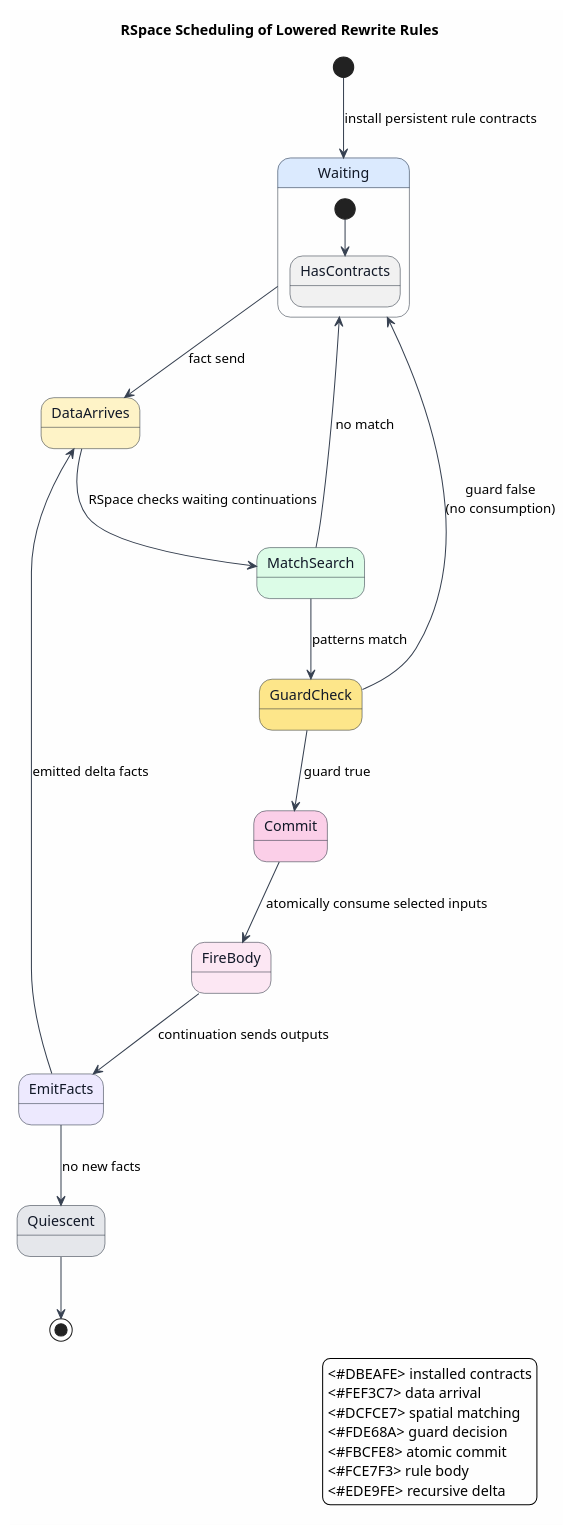
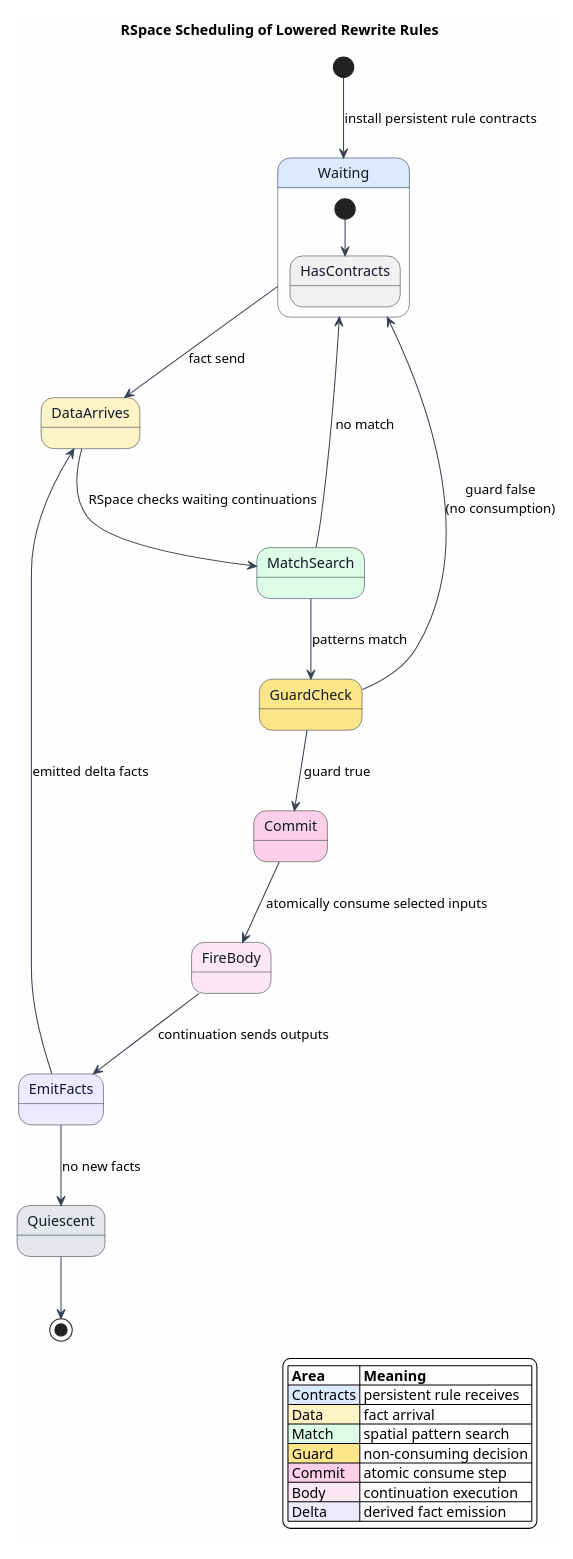
The diagram in docs/architecture/rho-native-integration/05-rspace-parallel-scheduling.md (F1R3FLY-io/mettail-rust), drawn with PlantUML before and after one commit. The commit also changed 32 other files, not shown here.

````diff
--- a/docs/architecture/rho-native-integration/05-rspace-parallel-scheduling.md
+++ b/docs/architecture/rho-native-integration/05-rspace-parallel-scheduling.md
@@ -46,48 +46,49 @@
 ```plantuml
 @startuml
 title RSpace Scheduling of Lowered Rewrite Rules
 
 skinparam backgroundColor #FEFEFE
 skinparam shadowing false
 skinparam state {
   BorderColor #1F2937
   FontColor #111827
   ArrowColor #374151
 }
 
 [*] --> Waiting : install persistent rule contracts
 
 state Waiting #DBEAFE {
   [*] --> HasContracts
 }
 state DataArrives #FEF3C7
 state MatchSearch #DCFCE7
 state GuardCheck #FDE68A
 state Commit #FBCFE8
 state FireBody #FCE7F3
 state EmitFacts #EDE9FE
 state Quiescent #E5E7EB
 
 Waiting --> DataArrives : fact send
 DataArrives --> MatchSearch : RSpace checks waiting continuations
 MatchSearch --> GuardCheck : patterns match
 MatchSearch --> Waiting : no match
 GuardCheck --> Commit : guard true
 GuardCheck --> Waiting : guard false\n(no consumption)
 Commit --> FireBody : atomically consume selected inputs
 FireBody --> EmitFacts : continuation sends outputs
 EmitFacts --> DataArrives : emitted delta facts
 EmitFacts --> Quiescent : no new facts
 Quiescent --> [*]
 
 legend right
-  <#DBEAFE> installed contracts
-  <#FEF3C7> data arrival
-  <#DCFCE7> spatial matching
-  <#FDE68A> guard decision
-  <#FBCFE8> atomic commit
-  <#FCE7F3> rule body
-  <#EDE9FE> recursive delta
+|= Area |= Meaning |
+|<#DBEAFE> Contracts | persistent rule receives |
+|<#FEF3C7> Data | fact arrival |
+|<#DCFCE7> Match | spatial pattern search |
+|<#FDE68A> Guard | non-consuming decision |
+|<#FBCFE8> Commit | atomic consume step |
+|<#FCE7F3> Body | continuation execution |
+|<#EDE9FE> Delta | derived fact emission |
 endlegend
 @enduml
 ```
````
